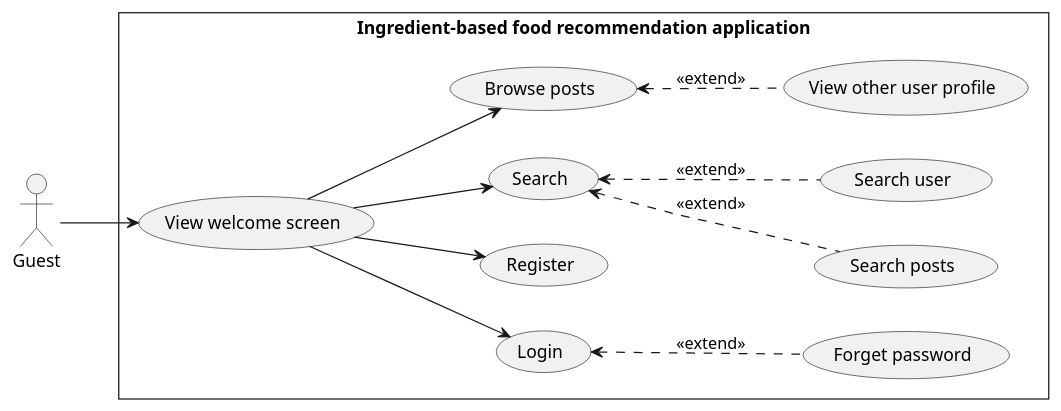
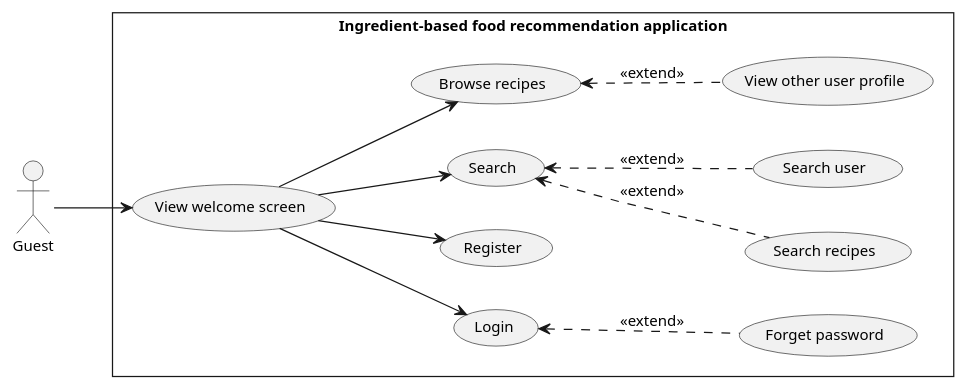
The diagram in doc/SRS/Usecase/GuestUsecase.plantuml (Carl-Johnsons/tastopia), drawn with PlantUML before and after one commit. The commit also changed 2 other files, not shown here.

Commit message:
doc: add admin_usecase, update user_usecase and guest_usecase

```diff
--- a/doc/SRS/Usecase/GuestUsecase.plantuml
+++ b/doc/SRS/Usecase/GuestUsecase.plantuml
@@ -1,29 +1,30 @@
-@startuml
+@startuml GuestUsecase
 skinparam style strictuml
 skinparam monochrome true
 skinparam linetype polyline
+skinparam defaultFontSize 12
 left to right direction
 actor "Guest" as guest
 
 rectangle Ingredient-based<U+0020>food<U+0020>recommendation<U+0020>application {
   usecase "Login" as ucLogin
   usecase "View welcome screen" as ucViewWelcome
   usecase "Register" as ucRegister
   usecase "Forget password" as ucForgetPassword
   usecase "Search" as ucSearch
-  usecase "Search posts" as ucSearchPosts
+  usecase "Search recipes" as ucSearchRecipes
   usecase "Search user" as ucSearchUser
-  usecase "Browse posts" as ucBrowsePosts
+  usecase "Browse recipes" as ucBrowseRecipes
   usecase "View other user profile" as ucViewUSProfile
 }
 
 guest --> ucViewWelcome
     ucViewWelcome --> ucLogin
         ucLogin <.. ucForgetPassword : <<extend>>
     ucViewWelcome --> ucRegister
     ucViewWelcome --> ucSearch
-        ucSearch <.. ucSearchPosts : <<extend>>
+        ucSearch <.. ucSearchRecipes : <<extend>>
         ucSearch <.. ucSearchUser : <<extend>>
-    ucViewWelcome --> ucBrowsePosts
-        ucBrowsePosts <.. ucViewUSProfile : <<extend>>
+    ucViewWelcome --> ucBrowseRecipes
+        ucBrowseRecipes <.. ucViewUSProfile : <<extend>>
 @enduml
```
